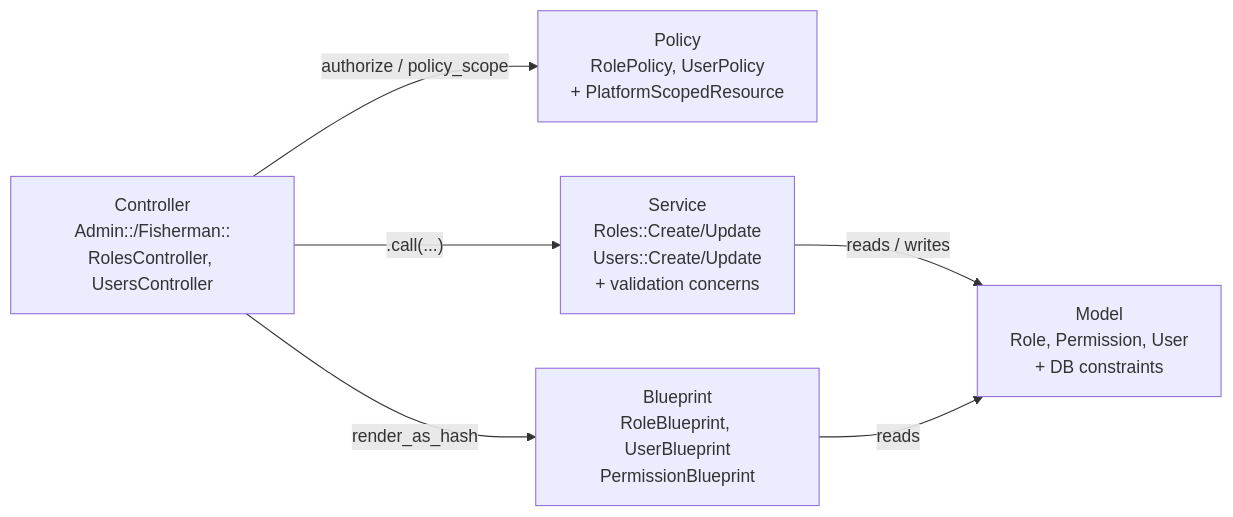
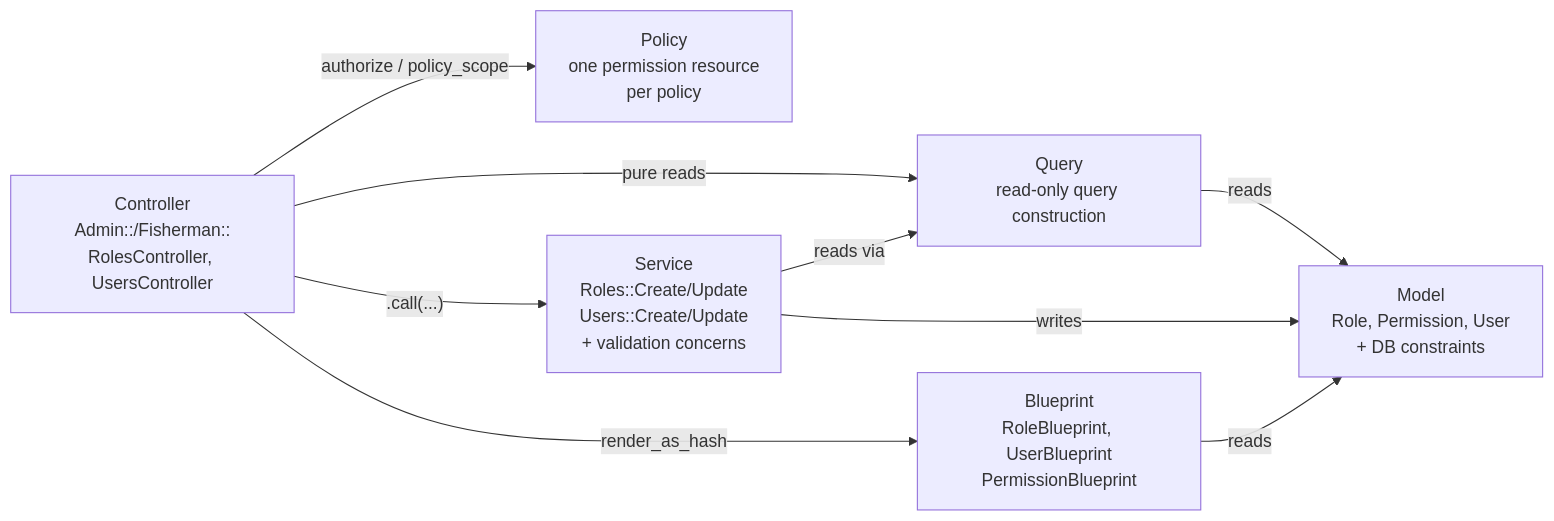
One commit to arya020595/st_dofi_backend changed the fourth of 10 diagrams in docs/rbac/platform-company-isolation.md. Above: the diagram before and after it, drawn with Mermaid. The commit also changed other lines of this file and 73 other files, not shown here.

````diff
--- a/docs/rbac/platform-company-isolation.md
+++ b/docs/rbac/platform-company-isolation.md
@@ -163,14 +163,18 @@
 ```mermaid
 graph LR
     C["Controller<br/>Admin::/Fisherman::<br/>RolesController, UsersController"]
-    P["Policy<br/>RolePolicy, UserPolicy<br/>+ PlatformScopedResource"]
+    P["Policy<br/>one permission resource<br/>per policy"]
     S["Service<br/>Roles::Create/Update<br/>Users::Create/Update<br/>+ validation concerns"]
+    Q["Query<br/>read-only query construction"]
     M["Model<br/>Role, Permission, User<br/>+ DB constraints"]
     B["Blueprint<br/>RoleBlueprint, UserBlueprint<br/>PermissionBlueprint"]
 
     C -->|"authorize / policy_scope"| P
     C -->|".call(...)"| S
-    S -->|"reads / writes"| M
+    C -->|"pure reads"| Q
+    S -->|"reads via"| Q
+    Q -->|"reads"| M
+    S -->|"writes"| M
     C -->|"render_as_hash"| B
     B -->|"reads"| M
 ```
````
